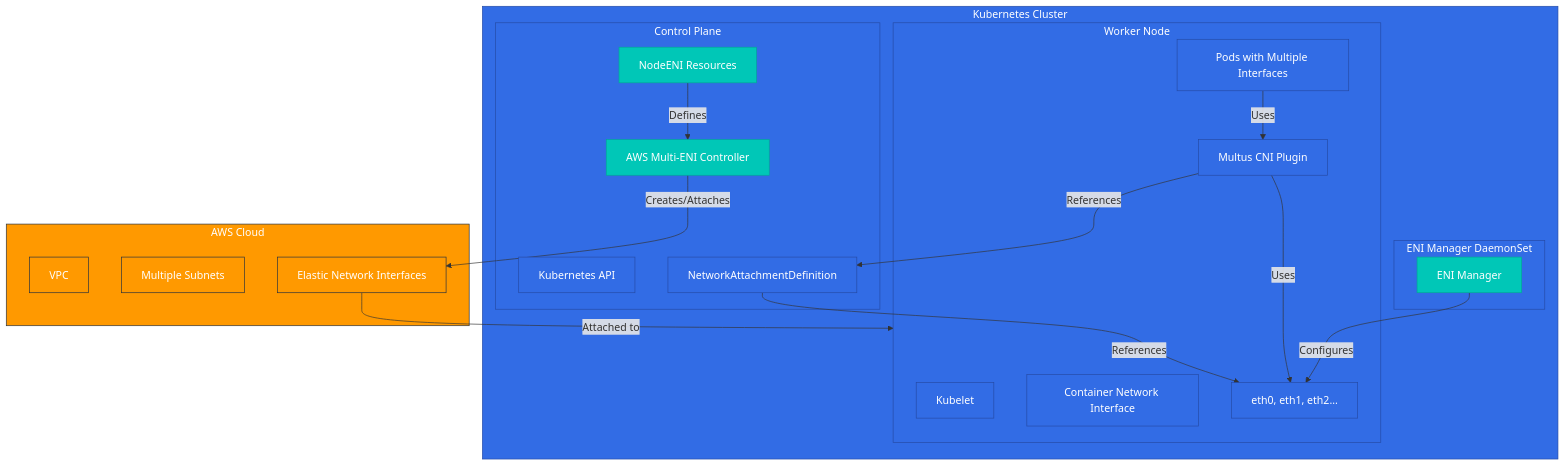
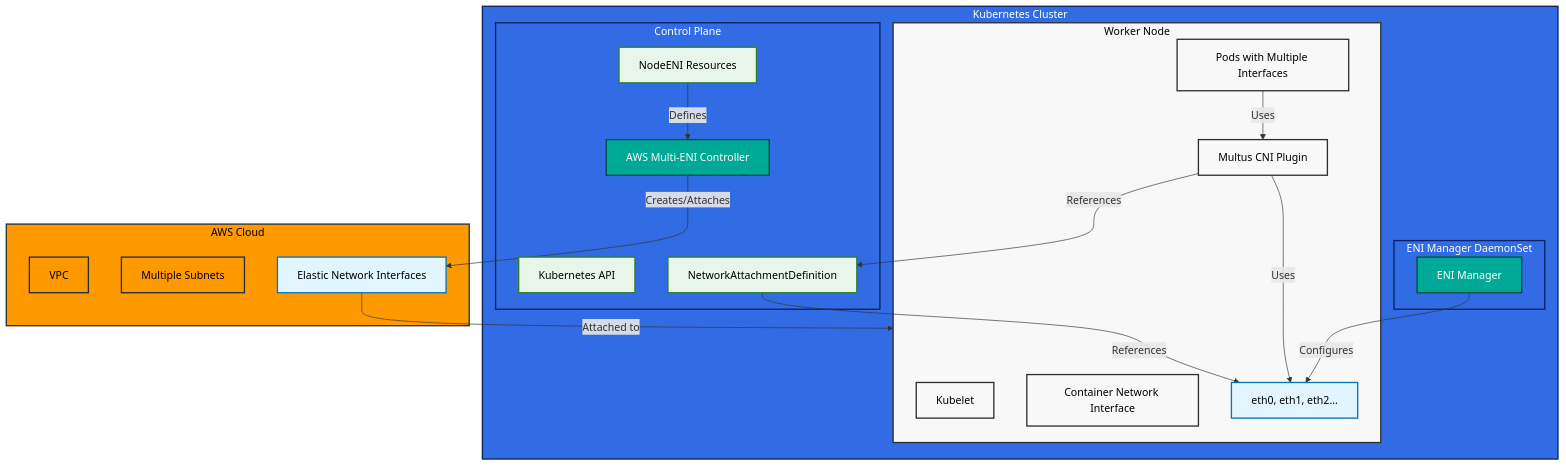
One commit to johnlam90/aws-multi-eni-controller changed the third of 4 diagrams in README.md. Above: the diagram before and after it, drawn with Mermaid. The commit also changed other lines of this file, not shown here.

First line of the commit message:
Replace macvlan with ipvlan and improve diagram styling

````diff
--- a/README.md
+++ b/README.md
@@ -295,48 +295,54 @@
 ```mermaid
 flowchart TB
     subgraph AWS["AWS Cloud"]
         VPC["VPC"]
         Subnets["Multiple Subnets"]
         ENIs["Elastic Network Interfaces"]
     end
 
     subgraph K8S["Kubernetes Cluster"]
         subgraph Node["Worker Node"]
             kubelet["Kubelet"]
             CNI["Container Network Interface"]
             Multus["Multus CNI Plugin"]
             Pods["Pods with Multiple Interfaces"]
             Interfaces["eth0, eth1, eth2..."]
         end
 
         subgraph Control["Control Plane"]
             API["Kubernetes API"]
             Controller["AWS Multi-ENI Controller"]
             NAD["NetworkAttachmentDefinition"]
             NodeENI["NodeENI Resources"]
         end
 
         subgraph DaemonSet["ENI Manager DaemonSet"]
             Manager["ENI Manager"]
         end
     end
 
     %% Connections
     Controller -->|"Creates/Attaches"| ENIs
     ENIs -->|"Attached to"| Node
     Manager -->|"Configures"| Interfaces
     Multus -->|"Uses"| Interfaces
     Multus -->|"References"| NAD
     Pods -->|"Uses"| Multus
     NodeENI -->|"Defines"| Controller
     NAD -->|"References"| Interfaces
 
-    %% Styling
-    classDef aws fill:#FF9900,stroke:#232F3E,color:white;
-    classDef k8s fill:#326CE5,stroke:#254AA5,color:white;
-    classDef controller fill:#00C7B7,stroke:#00A896,color:white;
+    %% Styling with improved contrast
+    classDef aws fill:#FF9900,stroke:#232F3E,color:#000000,stroke-width:2px;
+    classDef k8s fill:#326CE5,stroke:#0B2161,color:#FFFFFF,stroke-width:2px;
+    classDef controller fill:#00A896,stroke:#004D40,color:#FFFFFF,stroke-width:2px;
+    classDef node fill:#F8F8F8,stroke:#2E2E2E,color:#000000,stroke-width:2px;
+    classDef interface fill:#E1F5FE,stroke:#0277BD,color:#000000,stroke-width:2px;
+    classDef resource fill:#E8F5E9,stroke:#2E7D32,color:#000000,stroke-width:2px;
 
-    class AWS,VPC,Subnets,ENIs aws;
-    class K8S,Node,Control,DaemonSet,kubelet,CNI,Multus,Pods,Interfaces,API,NAD k8s;
-    class Controller,NodeENI,Manager controller;
+    class AWS,VPC,Subnets aws;
+    class K8S,Control,DaemonSet k8s;
+    class Controller,Manager controller;
+    class Node,kubelet,CNI,Multus,Pods node;
+    class Interfaces,ENIs interface;
+    class NodeENI,NAD,API resource;
 ```
````
